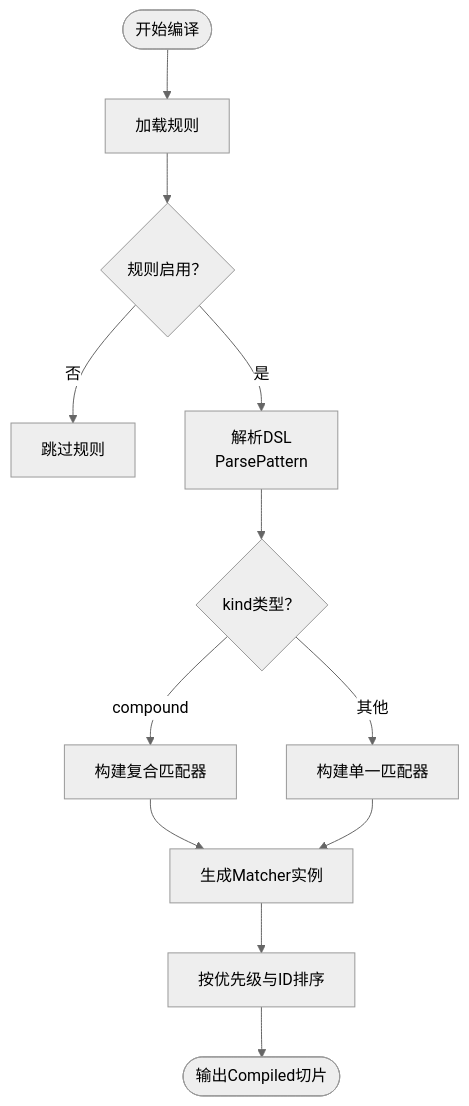
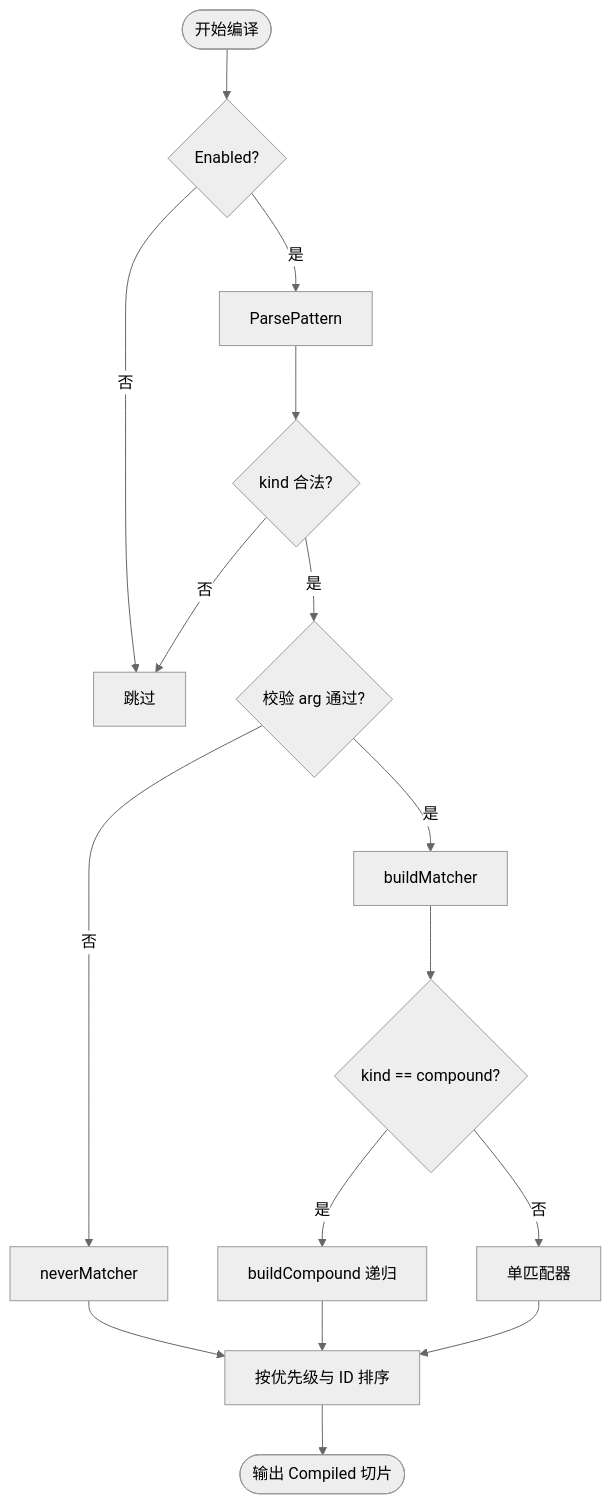
The third of 5 diagrams in docs/安全防护功能/ACL 规则引擎.md (x01n/My-OpenWaf), drawn with Mermaid (neutral theme) before and after one commit. The commit also changed other lines of this file and 622 other files, not shown here.

````diff
--- a/docs/安全防护功能/ACL 规则引擎.md
+++ b/docs/安全防护功能/ACL 规则引擎.md
@@ -151,14 +186,18 @@
 ```mermaid
 flowchart TD
-Start(["开始编译"]) --> Load["加载规则"]
-Load --> Enabled{"规则启用？"}
-Enabled --> |否| Skip["跳过规则"]
-Enabled --> |是| Parse["解析DSL<br/>ParsePattern"]
-Parse --> Kind{"kind类型？"}
-Kind --> |compound| BuildCompound["构建复合匹配器"]
-Kind --> |其他| BuildSingle["构建单一匹配器"]
-BuildCompound --> Matcher["生成Matcher实例"]
-BuildSingle --> Matcher
-Matcher --> Sort["按优先级与ID排序"]
-Sort --> Out(["输出Compiled切片"])
+S(["开始编译"]) --> E{"Enabled?"}
+E --> |否| SKIP["跳过"]
+E --> |是| PP["ParsePattern"]
+PP --> K{"kind 合法?"}
+K --> |否| SKIP
+K --> |是| VD{"校验 arg 通过?"}
+VD --> |否| NEVER["neverMatcher"]
+VD --> |是| BM["buildMatcher"]
+BM --> T{"kind == compound?"}
+T --> |是| BC["buildCompound 递归"]
+T --> |否| MT["单匹配器"]
+NEVER --> SORT
+BC --> SORT
+MT --> SORT
+SORT["按优先级与 ID 排序"] --> OUT(["输出 Compiled 切片"])
 ```
````
